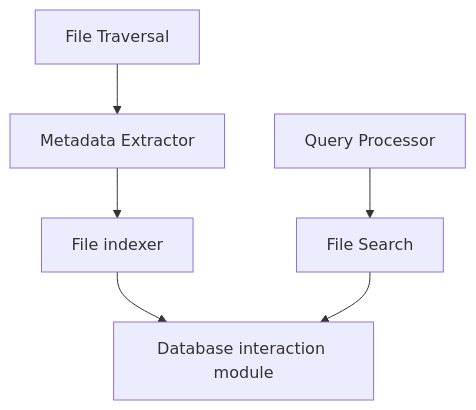
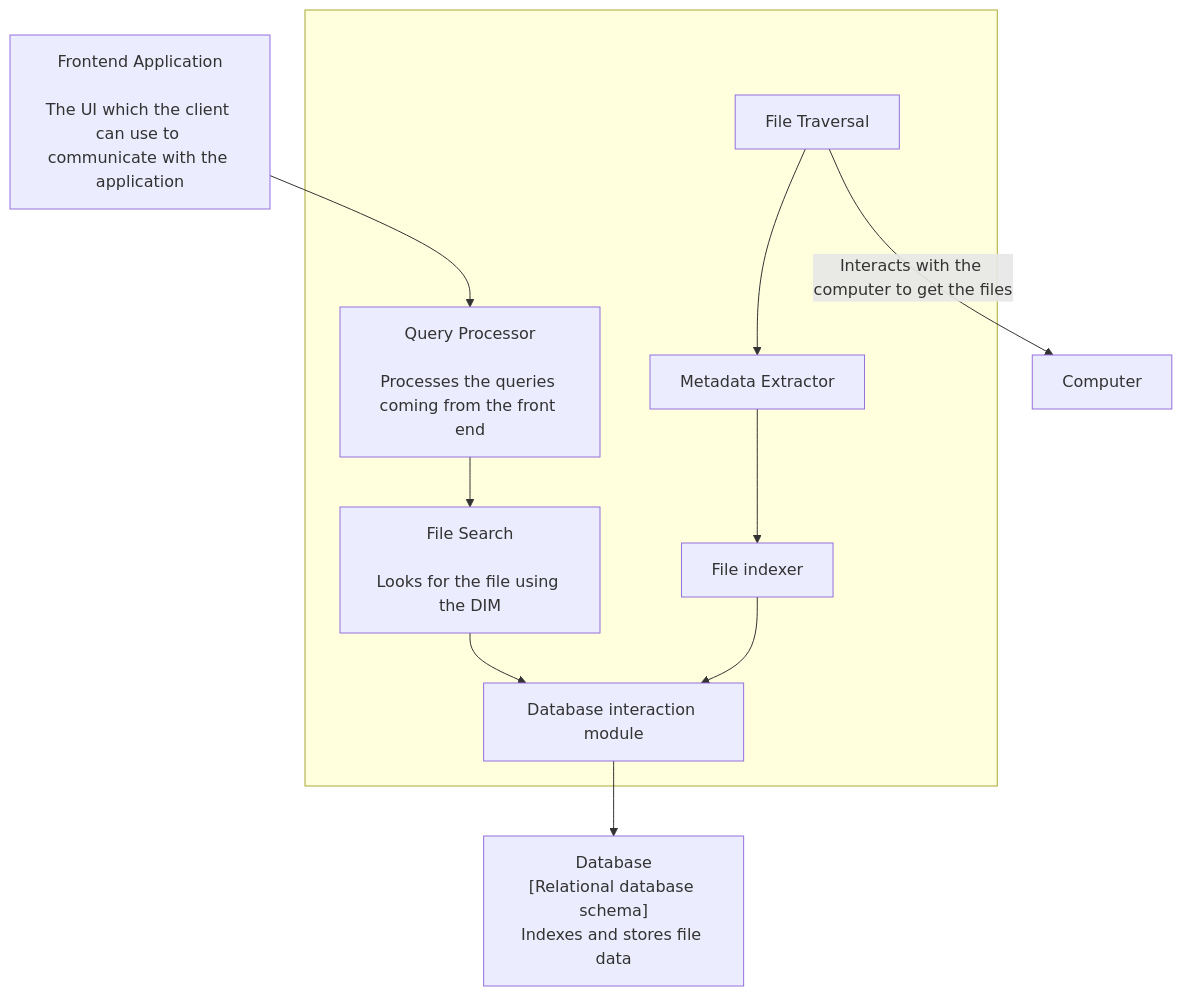
One commit to moldovanolimpiu/File-Search-Engine changed the fourth of 4 diagrams in ARCHITECTURE.md. Above: the diagram before and after it, drawn with Mermaid.

````diff
--- a/ARCHITECTURE.md
+++ b/ARCHITECTURE.md
@@ -46,12 +46,23 @@
 ``` mermaid
 flowchart TD
 
-    A[Query Processor] --> B[File Search]
+    subgraph Group1[" "]
+        A
+        B
+        C
+        D
+        E
+        F
+    end
+    G["Frontend Application\n\nThe UI which the client can use to communicate with the application"] --> A
+    A[Query Processor\n\nProcesses the queries coming from the front end] --> B[File Search\n\nLooks for the file using the DIM]
     C[File Traversal] --> D[Metadata Extractor]
     D-->E["File indexer"]
     E-->F["Database interaction module"]
     B-->F
+    F-->H["Database\n[Relational database schema]\nIndexes and stores file data"]
+    C -->|Interacts with the computer to get the files| I["Computer"]
     
 
 
 ```
````
